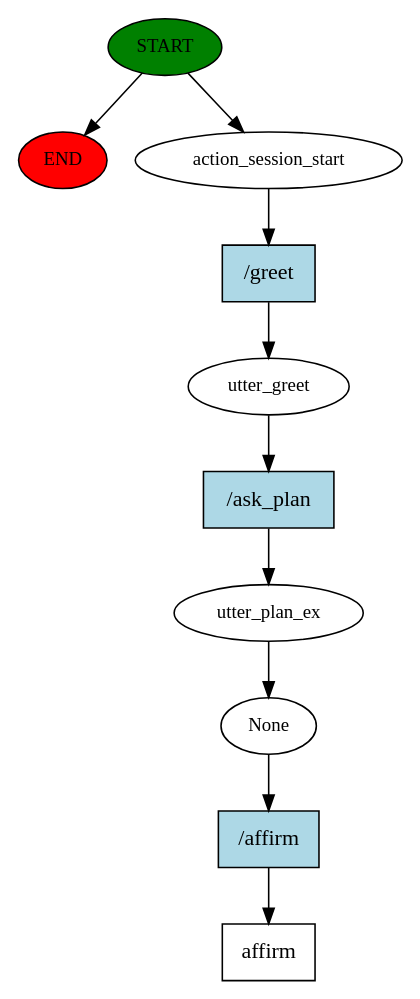
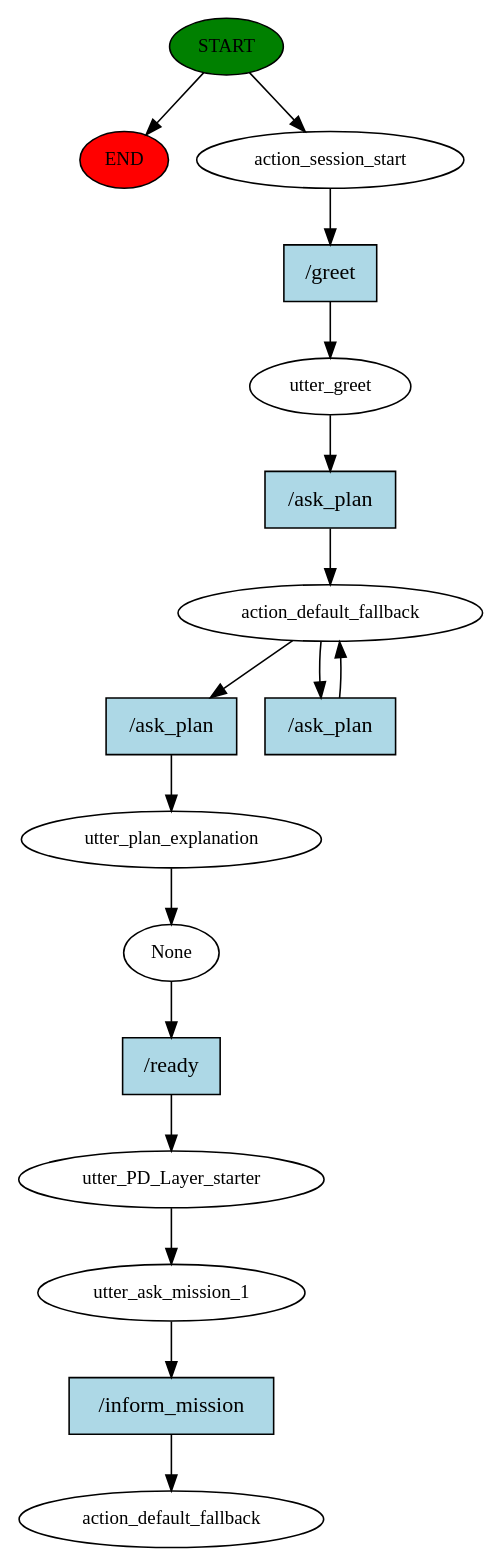
The diagram in story_graph.dot (amin-hdn/Chatbot), drawn with Graphviz before and after one commit. The commit also changed 6 other files, not shown here.

```diff
--- a/story_graph.dot
+++ b/story_graph.dot
@@ -1,21 +1,34 @@
 digraph  {
 0 [class="start active", fillcolor=green, fontsize=12, label=START, style=filled];
 "-1" [class=end, fillcolor=red, fontsize=12, label=END, style=filled];
 1 [class=active, fontsize=12, label=action_session_start];
 2 [class=active, fontsize=12, label=utter_greet];
-3 [class=active, fontsize=12, label=utter_plan_ex];
-4 [class=active, fontsize=12, label=None];
-5 [class="intent dashed active", label=affirm, shape=rect];
-6 [class="intent active", fillcolor=lightblue, label="/greet", shape=rect, style=filled];
-7 [class="intent active", fillcolor=lightblue, label="/ask_plan", shape=rect, style=filled];
-8 [class="intent active", fillcolor=lightblue, label="/affirm", shape=rect, style=filled];
+3 [class=active, fontsize=12, label=action_default_fallback];
+5 [class=active, fontsize=12, label=utter_plan_explanation];
+6 [class=active, fontsize=12, label=None];
+7 [class=active, fontsize=12, label=utter_PD_Layer_starter];
+8 [class=active, fontsize=12, label=utter_ask_mission_1];
+9 [class="dashed active", fontsize=12, label=action_default_fallback];
+10 [class="intent active", fillcolor=lightblue, label="/greet", shape=rect, style=filled];
+11 [class="intent active", fillcolor=lightblue, label="/ask_plan", shape=rect, style=filled];
+12 [class="intent active", fillcolor=lightblue, label="/ask_plan", shape=rect, style=filled];
+13 [class="intent active", fillcolor=lightblue, label="/ask_plan", shape=rect, style=filled];
+14 [class="intent active", fillcolor=lightblue, label="/ready", shape=rect, style=filled];
+15 [class="intent active", fillcolor=lightblue, label="/inform_mission", shape=rect, style=filled];
 0 -> "-1"  [class="", key=NONE, label=""];
 0 -> 1  [class=active, key=NONE, label=""];
-1 -> 6  [class=active, key=0];
-2 -> 7  [class=active, key=0];
-3 -> 4  [class=active, key=NONE, label=""];
-4 -> 8  [class=active, key=0];
-6 -> 2  [class=active, key=0];
-7 -> 3  [class=active, key=0];
-8 -> 5  [class=active, key=0];
+1 -> 10  [class=active, key=0];
+2 -> 11  [class=active, key=0];
+3 -> 12  [class=active, key=0];
+3 -> 13  [class=active, key=0];
+5 -> 6  [class=active, key=NONE, label=""];
+6 -> 14  [class=active, key=0];
+7 -> 8  [class=active, key=NONE, label=""];
+8 -> 15  [class=active, key=0];
+10 -> 2  [class=active, key=0];
+11 -> 3  [class=active, key=0];
+12 -> 5  [class=active, key=0];
+13 -> 3  [class=active, key=0];
+14 -> 7  [class=active, key=0];
+15 -> 9  [class=active, key=0];
 }
```
